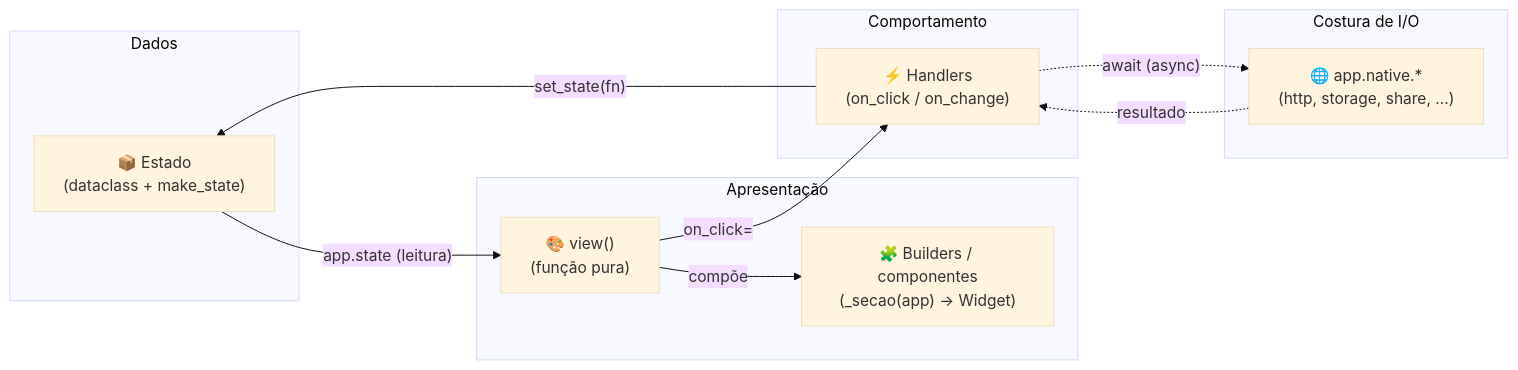
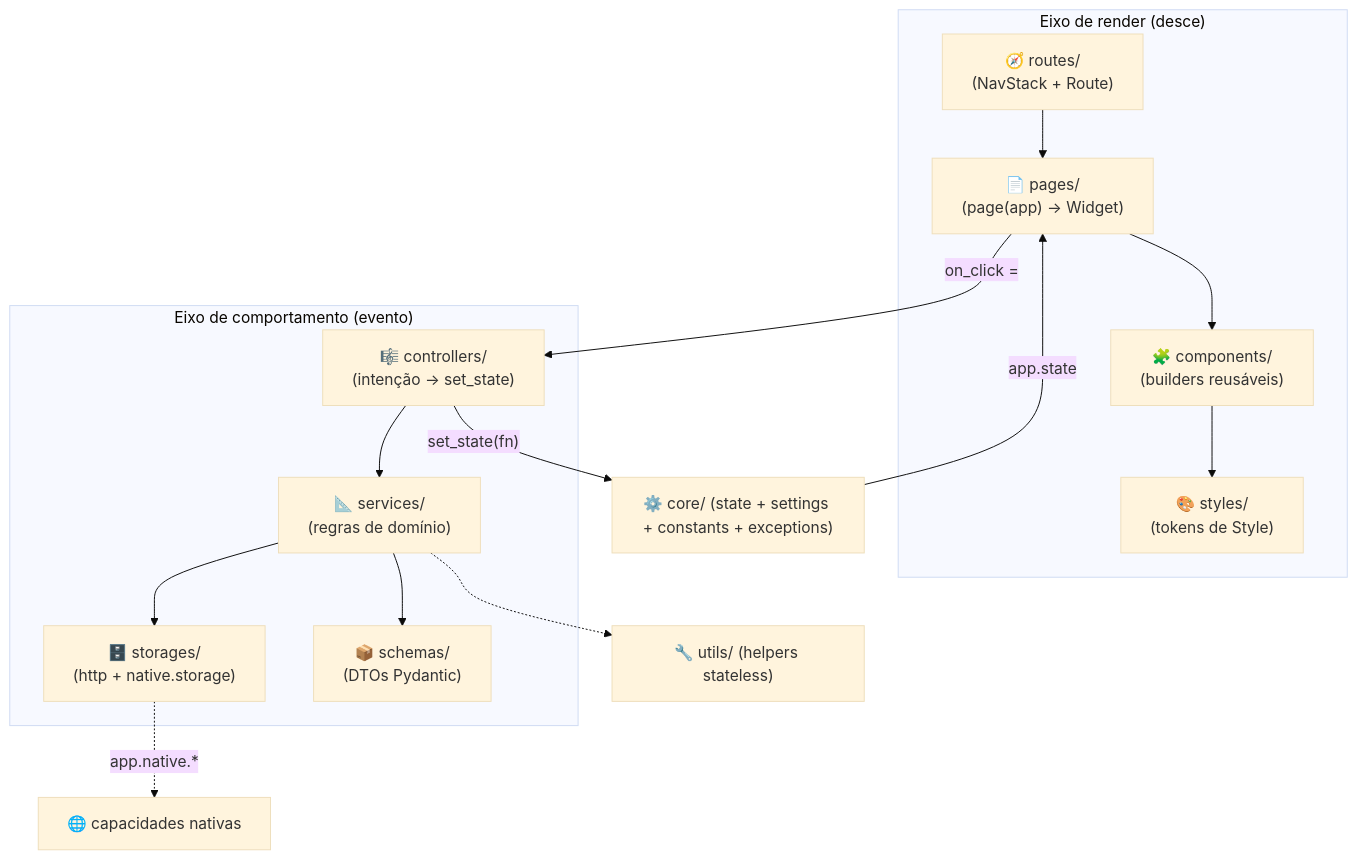
One commit to mauriciobenjamin700/tempestweb changed the diagram in docs/best-practices.md. Above: the diagram before and after it, drawn with Mermaid (base theme). The commit also changed other lines of this file and 1 other file, not shown here.

First line of the commit message:
docs: expand best-practices into full layered app architecture

````diff
--- a/docs/best-practices.md
+++ b/docs/best-practices.md
@@ -22,23 +23,21 @@
 ```mermaid
-flowchart LR
-    subgraph Dados
-        State["📦 Estado\n(dataclass + make_state)"]
+flowchart TD
+    subgraph Render["Eixo de render (desce)"]
+        Routes["🧭 routes/\n(NavStack + Route)"] --> Pages["📄 pages/\n(page(app) -> Widget)"]
+        Pages --> Components["🧩 components/\n(builders reusáveis)"]
+        Components --> Styles["🎨 styles/\n(tokens de Style)"]
     end
-    subgraph Apresentação
-        View["🎨 view()\n(função pura)"]
-        Comp["🧩 Builders / componentes\n(_secao(app) -> Widget)"]
+    subgraph Behavior["Eixo de comportamento (evento)"]
+        Ctl["🎼 controllers/\n(intenção -> set_state)"] --> Svc["📐 services/\n(regras de domínio)"]
+        Svc --> Sto["🗄️ storages/\n(http + native.storage)"]
+        Svc --> Sch["📦 schemas/\n(DTOs Pydantic)"]
     end
-    subgraph Comportamento
-        Handler["⚡ Handlers\n(on_click / on_change)"]
-    end
-    subgraph "Costura de I/O"
-        Native["🌐 app.native.*\n(http, storage, share, ...)"]
-    end
+    Core["⚙️ core/ (state + settings + constants + exceptions)"]
+    Utils["🔧 utils/ (helpers stateless)"]
 
-    State -->|"app.state (leitura)"| View
-    View -->|compõe| Comp
-    View -->|"on_click="| Handler
-    Handler -->|"set_state(fn)"| State
-    Handler -.->|"await (async)"| Native
-    Native -.->|resultado| Handler
+    Pages -->|"on_click ="| Ctl
+    Ctl -->|"set_state(fn)"| Core
+    Core -->|"app.state"| Pages
+    Sto -.->|"app.native.*"| Native["🌐 capacidades nativas"]
+    Svc -.-> Utils
 ```
````
